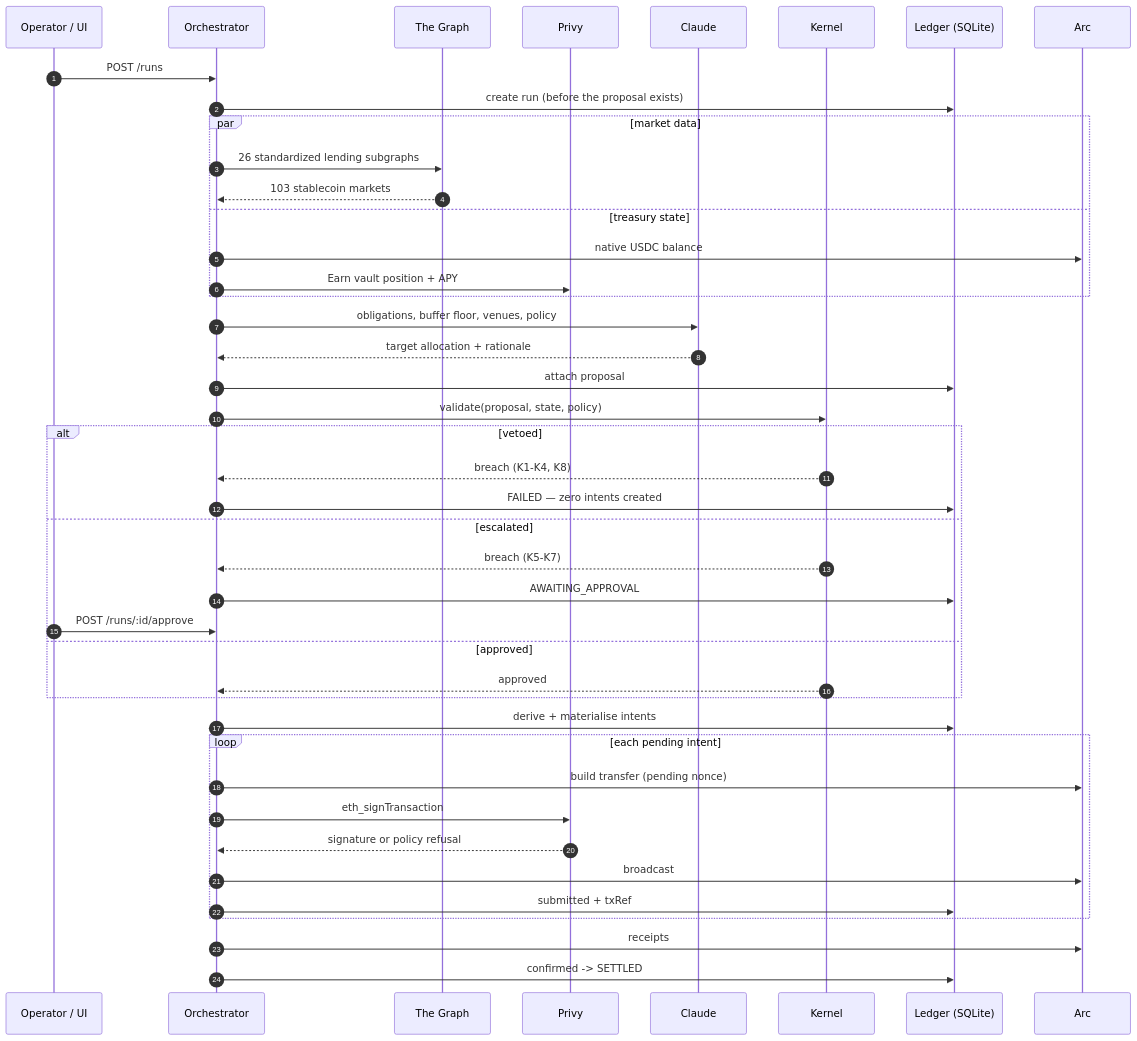
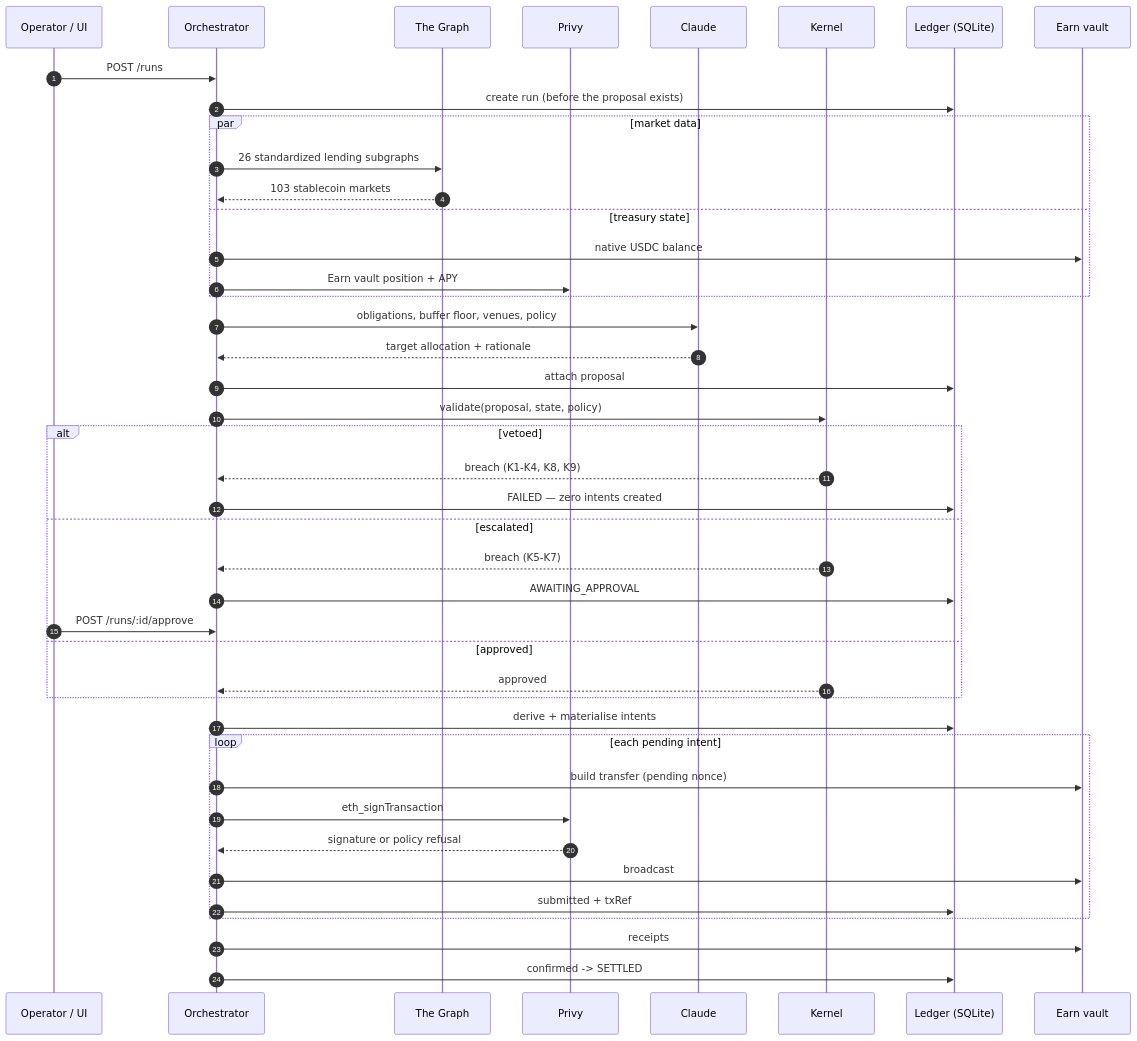
One commit to PhantomOz/idle-capital changed the second of 5 diagrams in docs/architecture.md. Above: the diagram before and after it, drawn with Mermaid. The commit also changed other lines of this file and 2 other files, not shown here.

````diff
--- a/docs/architecture.md
+++ b/docs/architecture.md
@@ -72,48 +72,48 @@
 ```mermaid
 sequenceDiagram
     autonumber
     participant U as Operator / UI
     participant O as Orchestrator
     participant G as The Graph
     participant PV as Privy
     participant AI as Claude
     participant K as Kernel
     participant L as Ledger (SQLite)
-    participant AC as Arc
+    participant AC as Earn vault
 
     U->>O: POST /runs
     O->>L: create run (before the proposal exists)
     par market data
         O->>G: 26 standardized lending subgraphs
         G-->>O: 103 stablecoin markets
     and treasury state
         O->>AC: native USDC balance
         O->>PV: Earn vault position + APY
     end
     O->>AI: obligations, buffer floor, venues, policy
     AI-->>O: target allocation + rationale
     O->>L: attach proposal
     O->>K: validate(proposal, state, policy)
 
     alt vetoed
-        K-->>O: breach (K1-K4, K8)
+        K-->>O: breach (K1-K4, K8, K9)
         O->>L: FAILED — zero intents created
     else escalated
         K-->>O: breach (K5-K7)
         O->>L: AWAITING_APPROVAL
         U->>O: POST /runs/:id/approve
     else approved
         K-->>O: approved
     end
 
     O->>L: derive + materialise intents
     loop each pending intent
         O->>AC: build transfer (pending nonce)
         O->>PV: eth_signTransaction
         PV-->>O: signature or policy refusal
         O->>AC: broadcast
         O->>L: submitted + txRef
     end
     O->>AC: receipts
     O->>L: confirmed -> SETTLED
 ```
````
